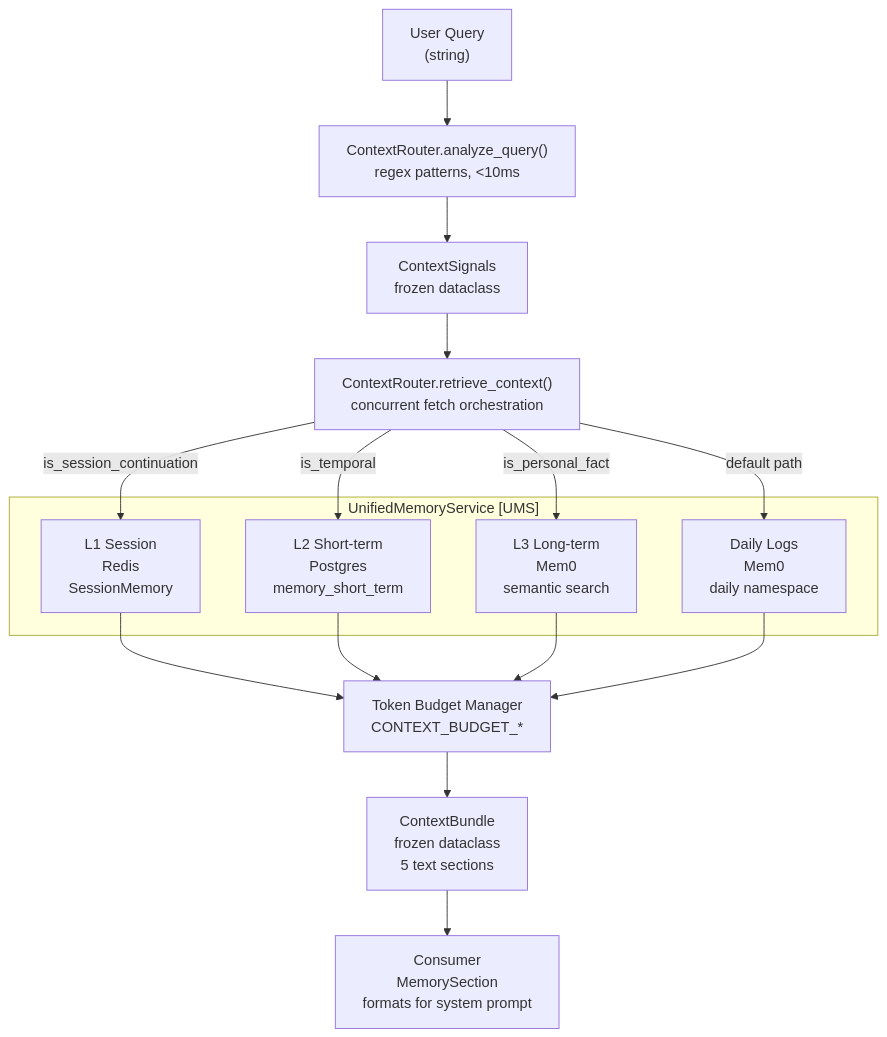
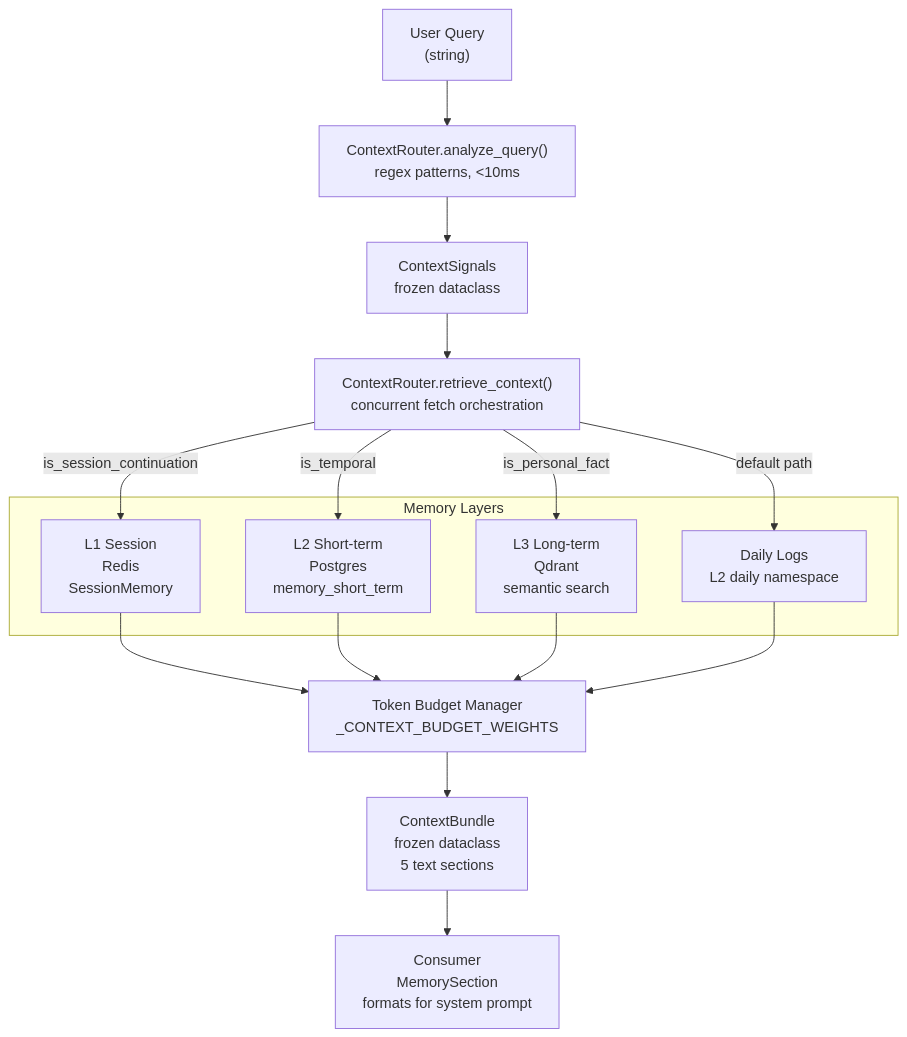
The first of 3 diagrams in docs/memory-system/context-router.md (AutomatosAI/automatos-ai), drawn with Mermaid before and after one commit. The commit also changed other lines of this file and 191 other files, not shown here.

````diff
--- a/docs/memory-system/context-router.md
+++ b/docs/memory-system/context-router.md
@@ -38,37 +53,37 @@
 ```mermaid
 graph TB
     Query["User Query<br/>(string)"]
     Analyze["ContextRouter.analyze_query()<br/>regex patterns, &lt;10ms"]
     Signals["ContextSignals<br/>frozen dataclass"]
     
     Retrieve["ContextRouter.retrieve_context()<br/>concurrent fetch orchestration"]
     
-    subgraph "UnifiedMemoryService [UMS]"
+    subgraph "Memory Layers"
         L1["L1 Session<br/>Redis<br/>SessionMemory"]
         L2["L2 Short-term<br/>Postgres<br/>memory_short_term"]
-        L3["L3 Long-term<br/>Mem0<br/>semantic search"]
-        Daily["Daily Logs<br/>Mem0<br/>daily namespace"]
+        L3["L3 Long-term<br/>Qdrant<br/>semantic search"]
+        Daily["Daily Logs<br/>L2 daily namespace"]
     end
     
-    Budget["Token Budget Manager<br/>CONTEXT_BUDGET_*"]
+    Budget["Token Budget Manager<br/>_CONTEXT_BUDGET_WEIGHTS"]
     Bundle["ContextBundle<br/>frozen dataclass<br/>5 text sections"]
     
     Consumer["Consumer<br/>MemorySection<br/>formats for system prompt"]
     
     Query --> Analyze
     Analyze --> Signals
     Signals --> Retrieve
     
     Retrieve -->|is_session_continuation| L1
     Retrieve -->|is_temporal| L2
     Retrieve -->|is_personal_fact| L3
     Retrieve -->|default path| Daily
     
     L1 --> Budget
     L2 --> Budget
     L3 --> Budget
     Daily --> Budget
     
     Budget --> Bundle
     Bundle --> Consumer
 ```
````
